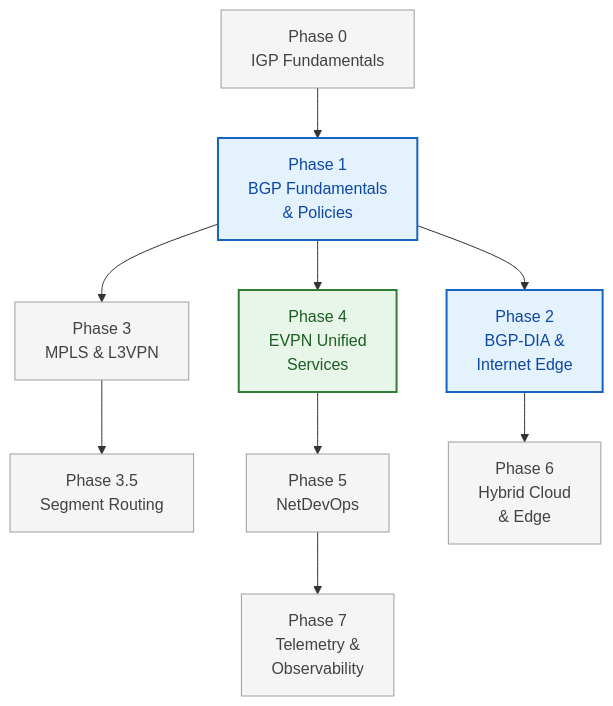
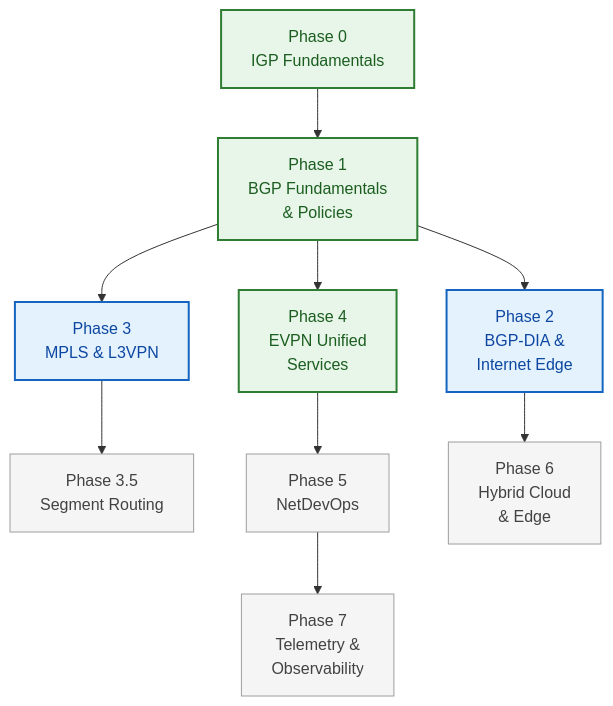
The diagram in docs/roadmap.md (etherhtun/netforge-labs), drawn with Mermaid before and after one commit. The commit also changed other lines of this file and 5 other files, not shown here.

````diff
--- a/docs/roadmap.md
+++ b/docs/roadmap.md
@@ -13,16 +13,16 @@
 ```mermaid
 graph TD
     P0["Phase 0<br/>IGP Fundamentals"] --> P1["Phase 1<br/>BGP Fundamentals<br/>& Policies"]
     P1 --> P2["Phase 2<br/>BGP-DIA &<br/>Internet Edge"]
     P1 --> P3["Phase 3<br/>MPLS & L3VPN"]
     P3 --> P35["Phase 3.5<br/>Segment Routing"]
     P1 --> P4["Phase 4<br/>EVPN Unified<br/>Services"]
     P4 --> P5["Phase 5<br/>NetDevOps"]
     P2 --> P6["Phase 6<br/>Hybrid Cloud<br/>& Edge"]
     P5 --> P7["Phase 7<br/>Telemetry &<br/>Observability"]
 
     classDef done fill:#e8f5e9,stroke:#2e7d32,color:#1b5e20,stroke-width:2px;
     classDef next fill:#e3f2fd,stroke:#1565c0,color:#0d47a1,stroke-width:2px;
     classDef plan fill:#f5f5f5,stroke:#9e9e9e,color:#424242;
-    class P4 done; class P1,P2 next; class P0,P3,P35,P5,P6,P7 plan;
+    class P0,P1,P4 done; class P2,P3 next; class P35,P5,P6,P7 plan;
 ```
````
